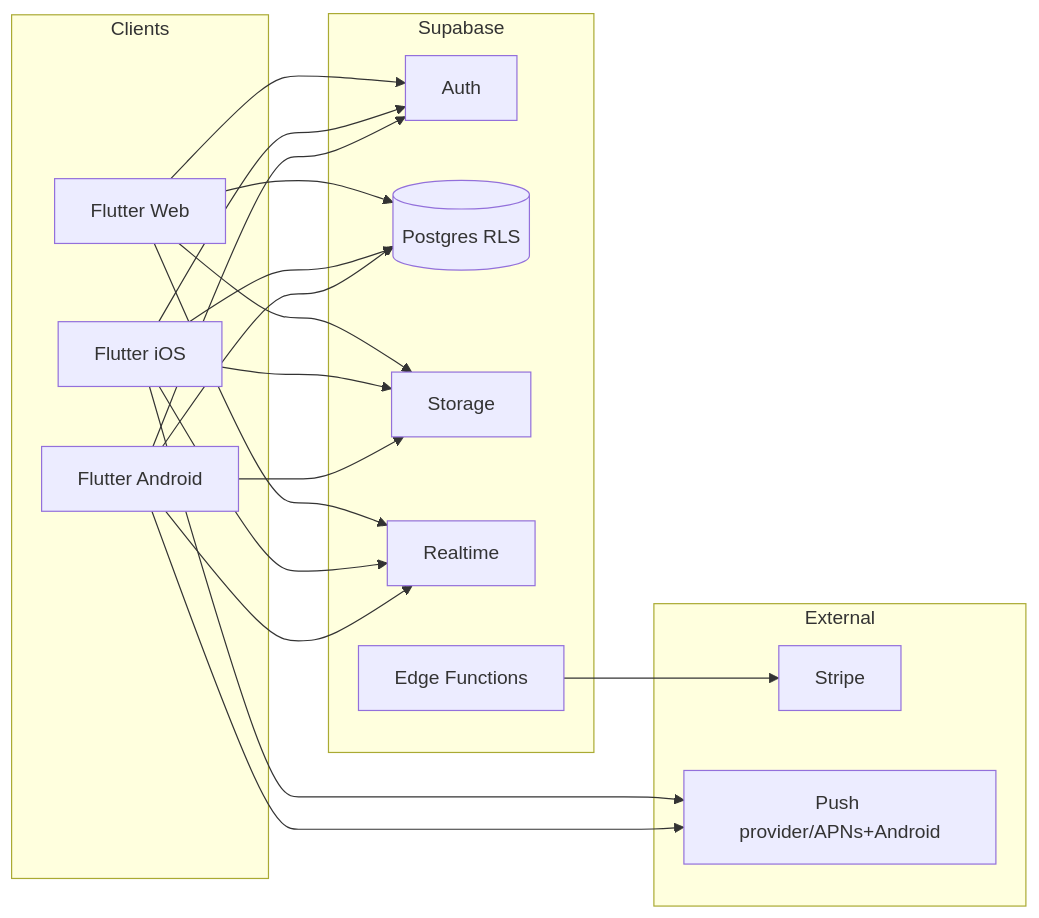
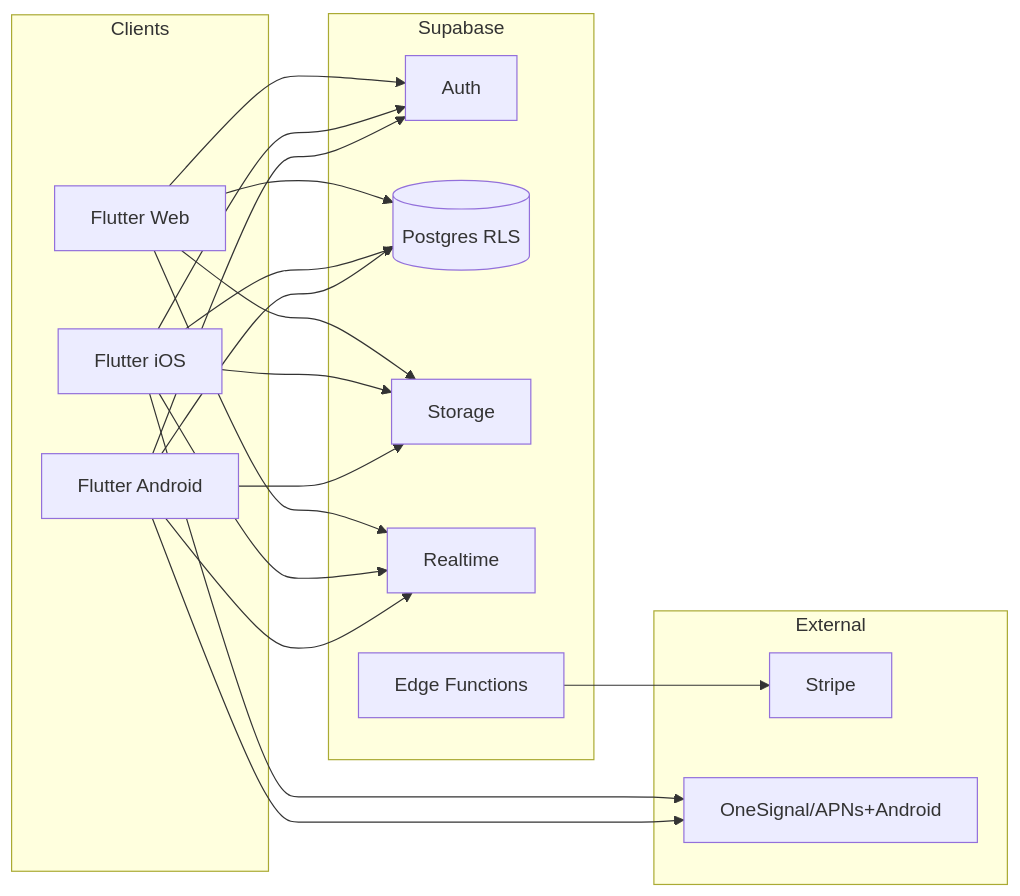
The diagram in docs/INTEGRATIONS_AND_SETUP.md (abdulsamadaidid-code/Schoolify), drawn with Mermaid before and after one commit. The commit also changed other lines of this file and 7 other files, not shown here.

First line of the commit message:
Lock OneSignal as push provider across all docs

````diff
--- a/docs/INTEGRATIONS_AND_SETUP.md
+++ b/docs/INTEGRATIONS_AND_SETUP.md
@@ -45,37 +45,37 @@
 ```mermaid
 flowchart LR
   subgraph clients [Clients]
     Web[Flutter Web]
     iOS[Flutter iOS]
     Android[Flutter Android]
   end
 
   subgraph supa [Supabase]
     Auth[Auth]
     DB[(Postgres RLS)]
     Storage[Storage]
     Realtime[Realtime]
     Fn[Edge Functions]
   end
 
   subgraph external [External]
     Stripe[Stripe]
-    PushProvider[Push provider/APNs+Android]
+    PushProvider[OneSignal/APNs+Android]
   end
 
   Web --> Auth
   iOS --> Auth
   Android --> Auth
   Web --> DB
   iOS --> DB
   Android --> DB
   Web --> Storage
   iOS --> Storage
   Android --> Storage
   Web --> Realtime
   iOS --> Realtime
   Android --> Realtime
   Fn --> Stripe
   iOS --> PushProvider
   Android --> PushProvider
 ```
````
